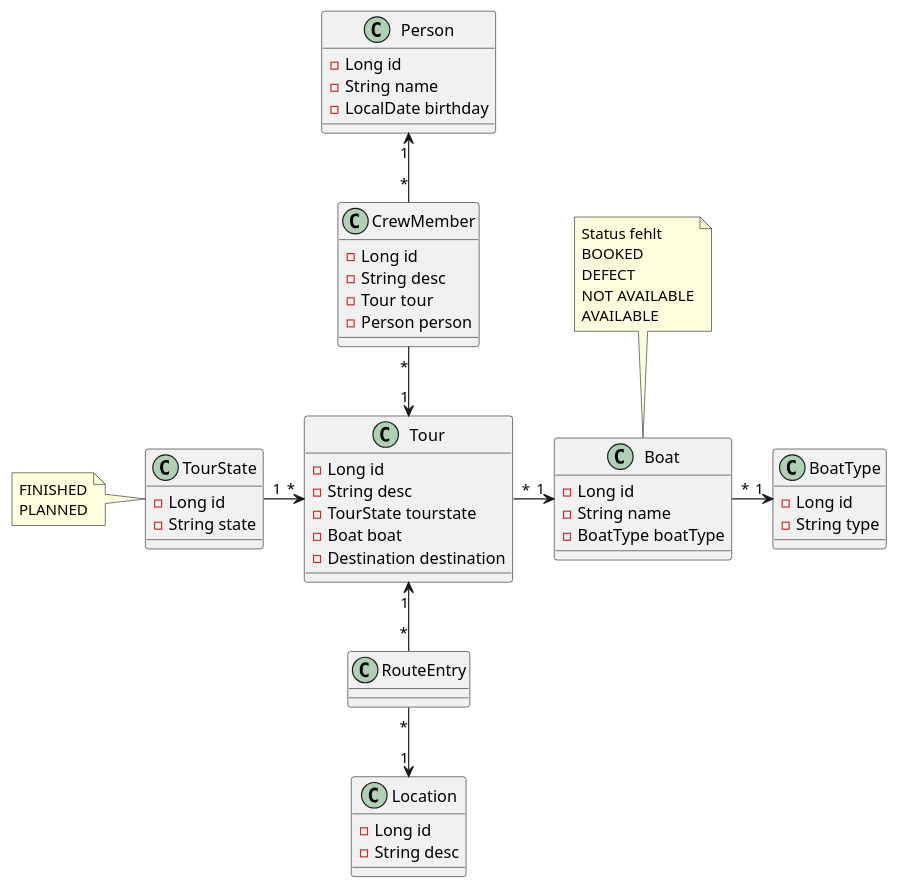
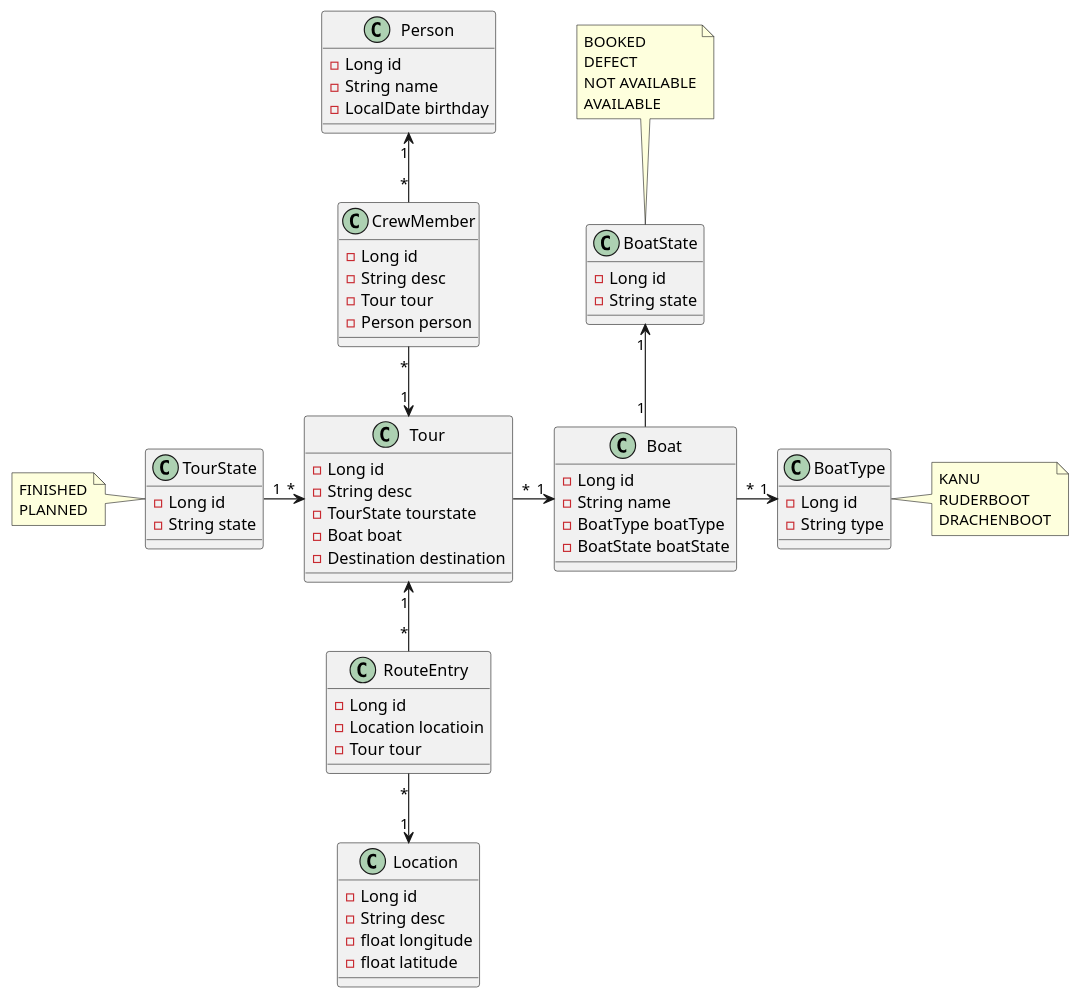
One commit to htl-leonding-project/tour-logger changed the diagram in asciidocs/plantuml/class-diagram.puml. Above: the diagram before and after it, drawn with PlantUML. The commit also changed 2 other files, not shown here.

```diff
--- a/asciidocs/plantuml/class-diagram.puml
+++ b/asciidocs/plantuml/class-diagram.puml
@@ -1,59 +1,73 @@
 @startuml
 
 class Person {
 - Long id
 - String name
 - LocalDate birthday
 }
 
 class CrewMember {
 - Long id
 - String desc
 - Tour tour
 - Person person
 }
 
 class Tour {
 - Long id
 - String desc
 - TourState tourstate
 - Boat boat
 - Destination destination
 }
 
-class RouteEntry
+class RouteEntry{
+- Long id
+- Location locatioin
+- Tour tour
+}
 
 class TourState {
 - Long id
 - String state
 }
 
 note left: FINISHED\nPLANNED
 
 class Location {
 - Long id
 - String desc
+- float longitude
+- float latitude
 }
 
 class Boat {
 - Long id
 - String name
 - BoatType boatType
+- BoatState boatState
 }
 
-note top: Status fehlt\nBOOKED\nDEFECT\nNOT AVAILABLE\nAVAILABLE
+class BoatState {
+- Long id
+- String state
+}
+
+note top: BOOKED\nDEFECT\nNOT AVAILABLE\nAVAILABLE
 
 class BoatType {
 - Long id
 - String type
 }
+note right: KANU\nRUDERBOOT\nDRACHENBOOT
 
 Person "1" <-- "*" CrewMember
 CrewMember "*" --> "1" Tour
 TourState "1" -right-> "*" Tour
 Location "1" <-up- "*" RouteEntry
 RouteEntry "*" -up-> "1" Tour
 Tour "*" -right-> "1" Boat
 Boat "*" -right-> "1" BoatType
+Boat "1" -up-> "1" BoatState
 
 @enduml
```
